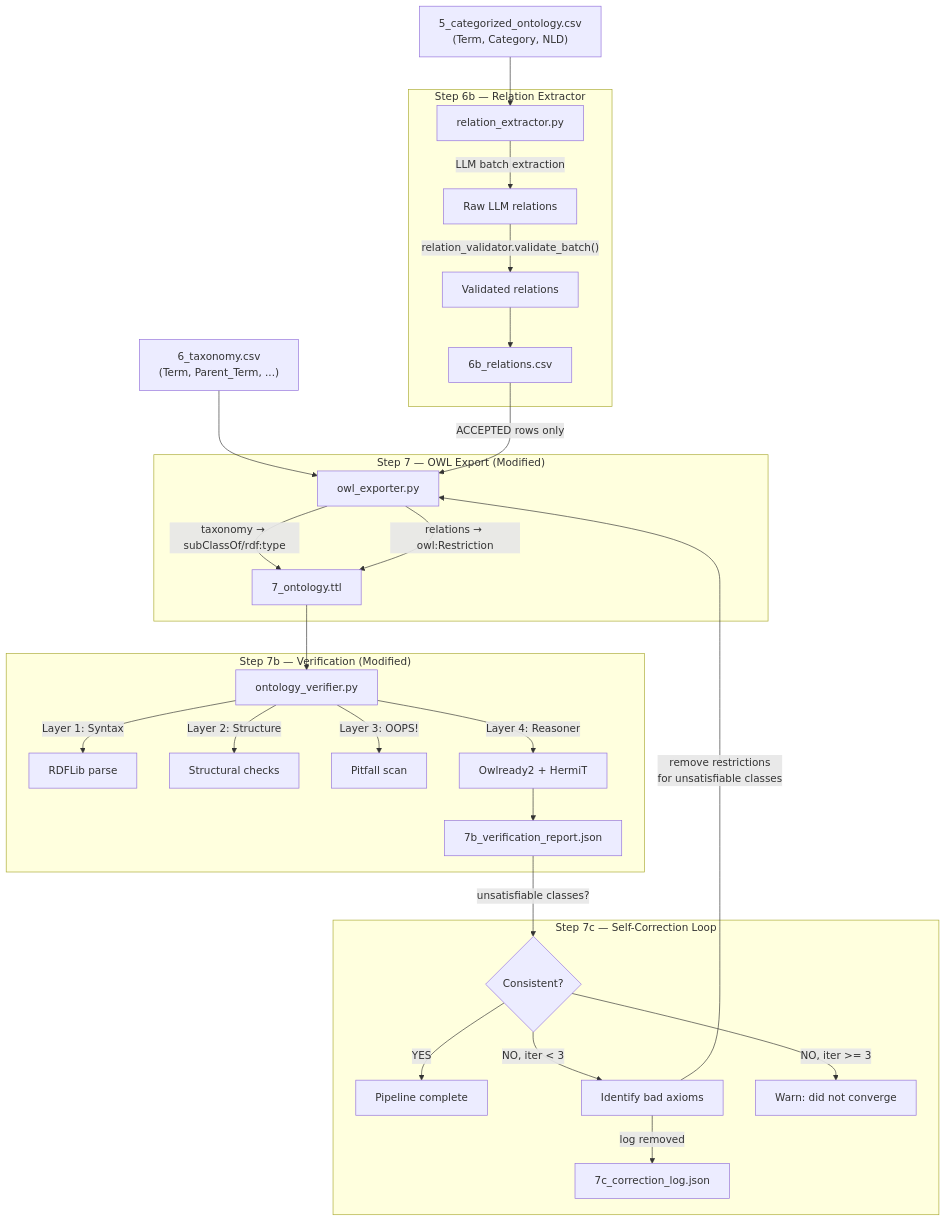
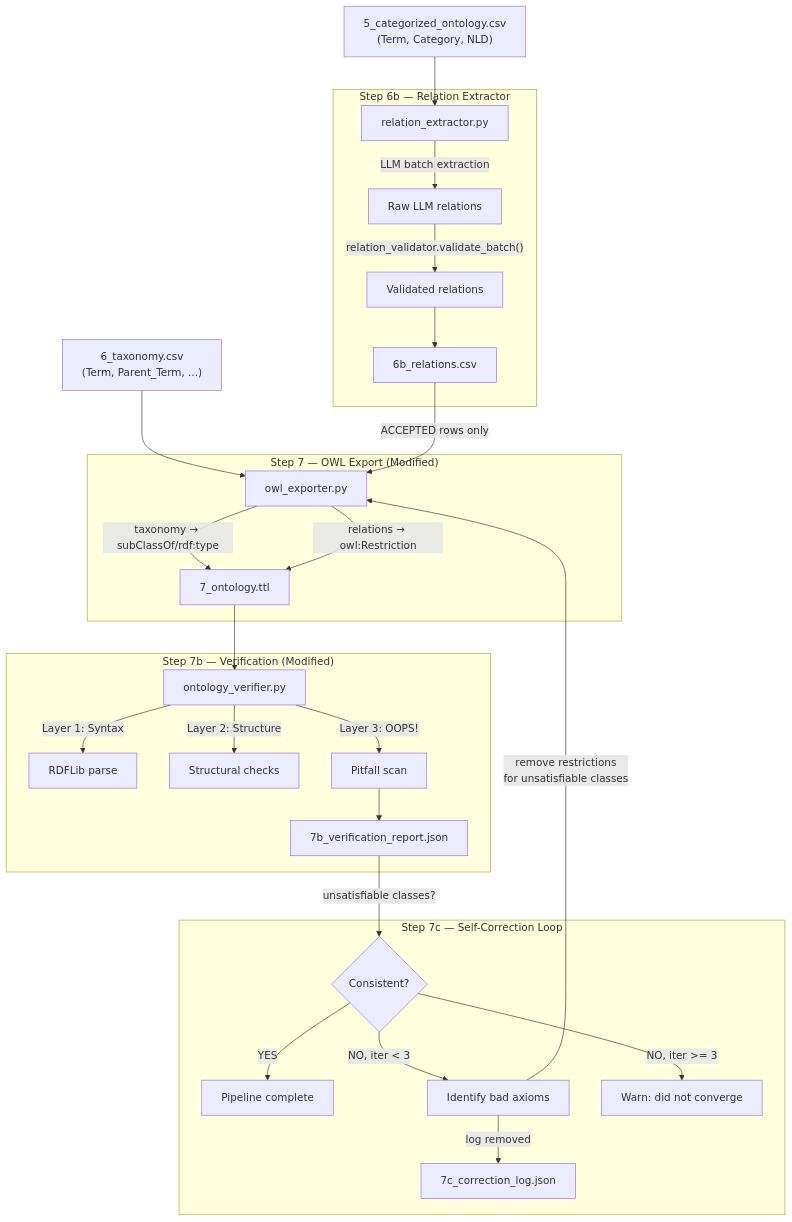
Before and after one commit to martinstroher/Pipeline_2: the diagram in docs/relation_extraction_architecture.md, drawn with Mermaid. The commit also changed other lines of this file and 16 other files, not shown here.

````diff
--- a/docs/relation_extraction_architecture.md
+++ b/docs/relation_extraction_architecture.md
@@ -105,37 +97,36 @@
 ```mermaid
 flowchart TD
     S5["5_categorized_ontology.csv<br/>(Term, Category, NLD)"] --> S6b
     S6["6_taxonomy.csv<br/>(Term, Parent_Term, ...)"] --> S7
 
     subgraph "Step 6b — Relation Extractor"
         S6b["relation_extractor.py"]
         S6b -->|"LLM batch extraction"| RAW["Raw LLM relations"]
         RAW -->|"relation_validator.validate_batch()"| VAL["Validated relations"]
         VAL --> CSV6b["6b_relations.csv"]
     end
 
     subgraph "Step 7 — OWL Export (Modified)"
         S7["owl_exporter.py"]
         CSV6b -->|"ACCEPTED rows only"| S7
         S7 -->|"taxonomy → subClassOf/rdf:type"| TTL["7_ontology.ttl"]
         S7 -->|"relations → owl:Restriction"| TTL
     end
 
     subgraph "Step 7b — Verification (Modified)"
         TTL --> S7b["ontology_verifier.py"]
         S7b -->|"Layer 1: Syntax"| L1["RDFLib parse"]
         S7b -->|"Layer 2: Structure"| L2["Structural checks"]
         S7b -->|"Layer 3: OOPS!"| L3["Pitfall scan"]
-        S7b -->|"Layer 4: Reasoner"| L4["Owlready2 + HermiT"]
-        L4 --> RPT["7b_verification_report.json"]
+        L3 --> RPT["7b_verification_report.json"]
     end
 
     subgraph "Step 7c — Self-Correction Loop"
         RPT -->|"unsatisfiable classes?"| SC{"Consistent?"}
         SC -->|"YES"| DONE["Pipeline complete"]
         SC -->|"NO, iter < 3"| IDENTIFY["Identify bad axioms"]
         IDENTIFY -->|"remove restrictions<br/>for unsatisfiable classes"| S7
         IDENTIFY -->|"log removed"| LOG["7c_correction_log.json"]
         SC -->|"NO, iter >= 3"| WARN["Warn: did not converge"]
     end
 ```
````
